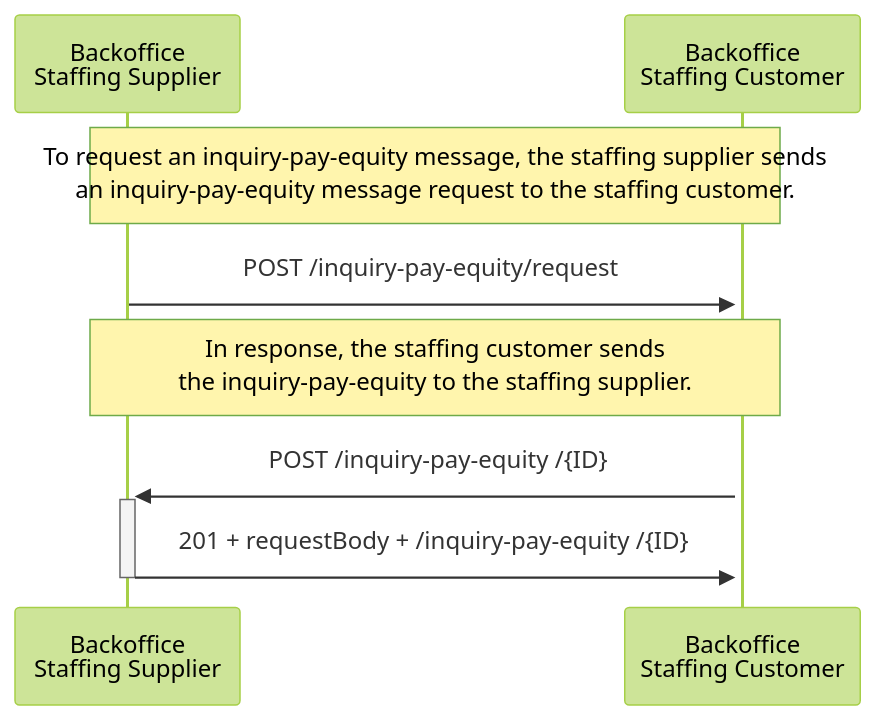
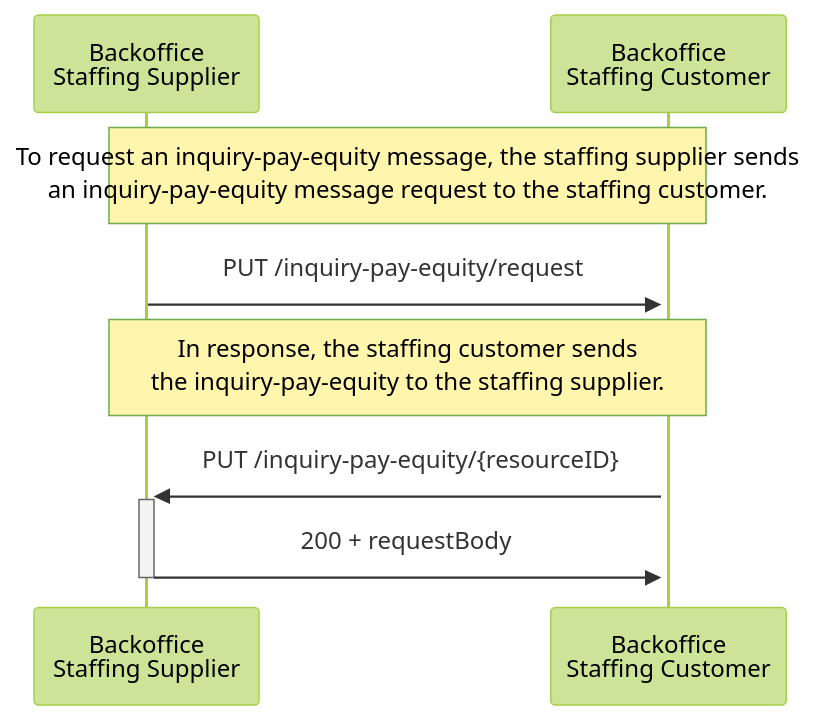
One commit to setu-standards/documentation changed the first of 5 diagrams in app/docs/gelijkwaardige-beloning/sequence diagrams/sequence diagrams.md. Above: the diagram before and after it, drawn with Mermaid (forest theme). The commit also changed other lines of this file and 4 other files, not shown here.

````diff
--- a/app/docs/gelijkwaardige-beloning/sequence diagrams/sequence diagrams.md
+++ b/app/docs/gelijkwaardige-beloning/sequence diagrams/sequence diagrams.md
@@ -15,13 +22,13 @@
 ```mermaid
 sequenceDiagram
     participant Supplier as Backoffice <br/> Staffing Supplier
     participant Customer as Backoffice <br/> Staffing Customer
     
 
     Note over Supplier,Customer: To request an inquiry-pay-equity message, the staffing supplier sends <br/> an inquiry-pay-equity message request to the staffing customer.
-    Supplier ->>+ Customer: POST /inquiry-pay-equity/request
+    Supplier ->>+ Customer: PUT /inquiry-pay-equity/request
     
-    Note over Supplier,Customer: In response, the staffing customer sends <br/> the inquiry-pay-equity  to the staffing supplier.
-    Customer ->>+ Supplier: POST /inquiry-pay-equity /{ID}
-    Supplier ->>- Customer: 201 + requestBody + /inquiry-pay-equity /{ID}  
+    Note over Supplier,Customer: In response, the staffing customer sends <br/> the inquiry-pay-equity to the staffing supplier.
+    Customer ->>+ Supplier: PUT /inquiry-pay-equity/{resourceID}
+    Supplier ->>- Customer: 200 + requestBody
 ```
````
